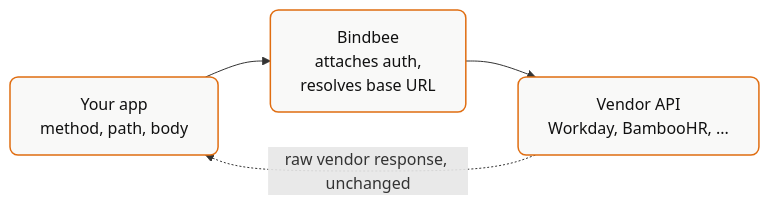
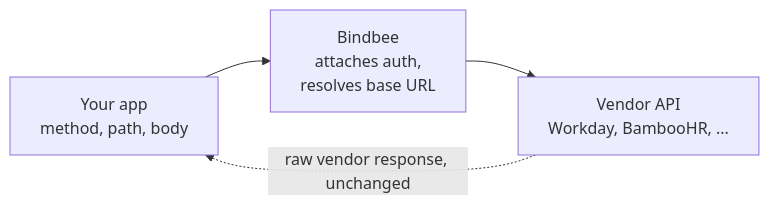
One commit to kaval1810/bindbee-docs-test changed the diagram in guides/extending/passthrough.mdx. Above: the diagram before and after it, drawn with Mermaid. The commit also changed 29 other files, not shown here.

````diff
--- a/guides/extending/passthrough.mdx
+++ b/guides/extending/passthrough.mdx
@@ -12,9 +12,6 @@
 ```mermaid
 flowchart LR
     A["Your app<br/>method, path, body"] --> B["Bindbee<br/>attaches auth,<br/>resolves base URL"]
     B --> C["Vendor API<br/>Workday, BambooHR, ..."]
     C -.->|raw vendor response, unchanged| A
-
-    classDef node fill:#F9F9F8,stroke:#E06D10,stroke-width:1.5px,color:#111,rx:8,ry:8
-    class A,B,C node
 ```
````
